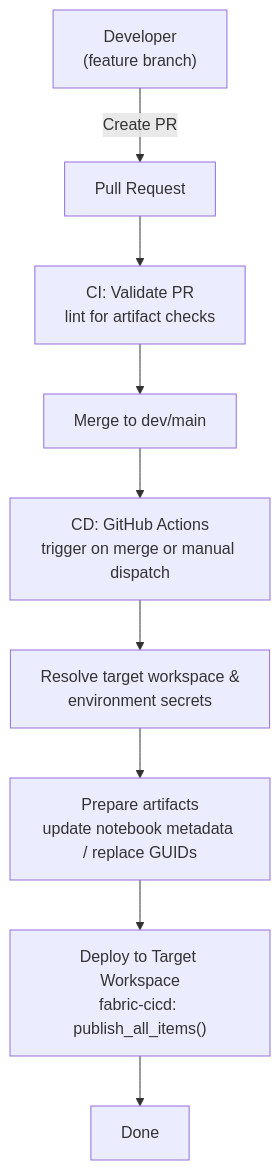
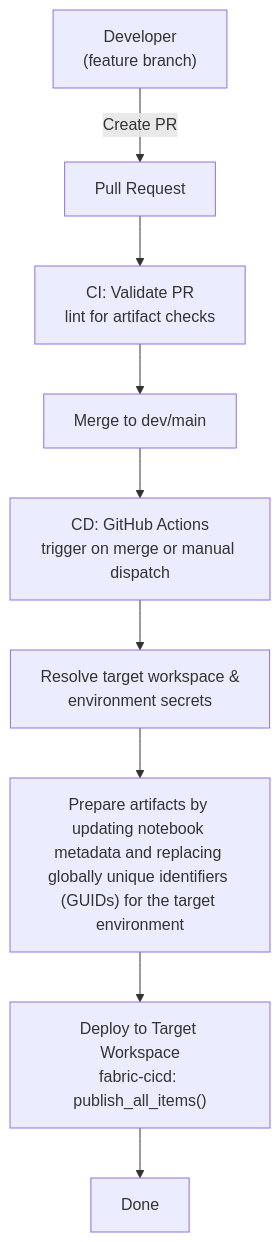
One commit to anhtnt90dev/rookies-data-dn-2026 changed the diagram in cicd/diagrams/fabric-cicd.mermaid. Above: the diagram before and after it, drawn with Mermaid.

Commit message:
docs: clear short cut

```diff
--- a/cicd/diagrams/fabric-cicd.mermaid
+++ b/cicd/diagrams/fabric-cicd.mermaid
@@ -1,9 +1,9 @@
 flowchart TD
   A["Developer<br>(feature branch)"] -->|Create PR| B["Pull Request"]
   B --> C["CI: Validate PR<br>lint for artifact checks"]
   C --> D["Merge to dev/main"]
   D --> E["CD: GitHub Actions<br>trigger on merge or manual dispatch"]
   E --> F["Resolve target workspace &<br>environment secrets"]
-  F --> G["Prepare artifacts<br>update notebook metadata / replace GUIDs"]
+  F --> G["Prepare artifacts by updating notebook metadata and replacing globally unique identifiers (GUIDs) for the target environment"]
   G --> H["Deploy to Target Workspace<br>fabric-cicd: publish_all_items()"]
   H --> N["Done"]
```
